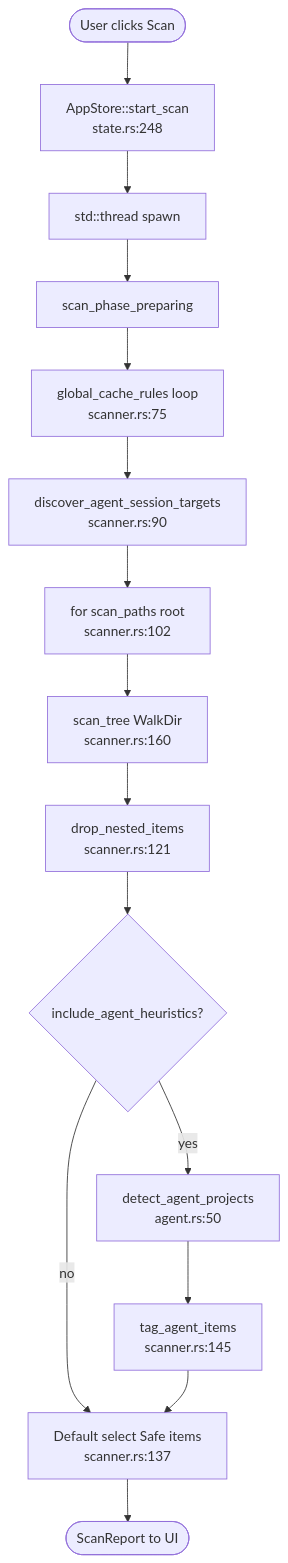
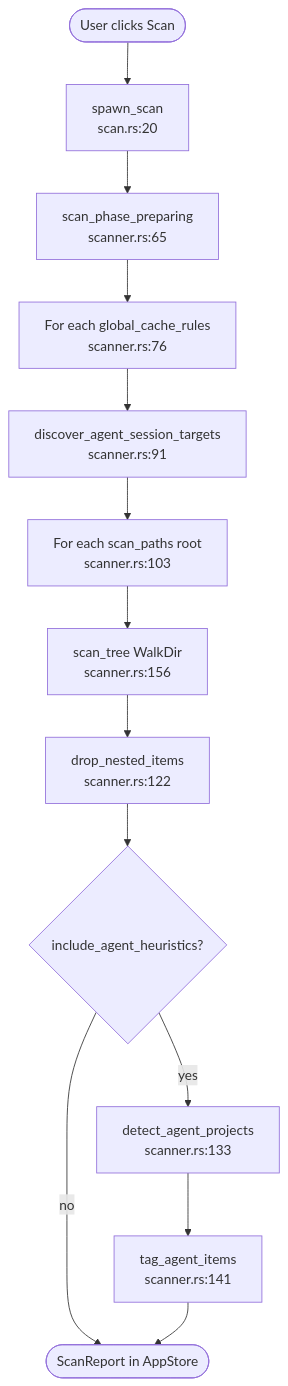
The fourth of 7 diagrams in .terrain/human/3.Workflows.md (sopaco/CLV3000-Plus), drawn with Mermaid before and after one commit. The commit also changed other lines of this file and 15 other files, not shown here.

````diff
--- a/.terrain/human/3.Workflows.md
+++ b/.terrain/human/3.Workflows.md
@@ -96,17 +89,15 @@
 ```mermaid
 flowchart TD
-    Start([User clicks Scan]) --> StartScan["AppStore::start_scan<br/>state.rs:248"]
-    StartScan --> SpawnThread["std::thread spawn"]
-    SpawnThread --> Preparing["scan_phase_preparing"]
-    Preparing --> GlobalCaches["global_cache_rules loop<br/>scanner.rs:75"]
-    GlobalCaches --> AgentSessions["discover_agent_session_targets<br/>scanner.rs:90"]
-    AgentSessions --> ForEachRoot["for scan_paths root<br/>scanner.rs:102"]
-    ForEachRoot --> ScanTree["scan_tree WalkDir<br/>scanner.rs:160"]
-    ScanTree --> NestedDrop["drop_nested_items<br/>scanner.rs:121"]
-    NestedDrop --> AgentDetect{"include_agent_heuristics?"}
-    AgentDetect -->|yes| DetectProjects["detect_agent_projects<br/>agent.rs:50"]
-    AgentDetect -->|no| SelectSafe
-    DetectProjects --> TagAgent["tag_agent_items<br/>scanner.rs:145"]
-    TagAgent --> SelectSafe["Default select Safe items<br/>scanner.rs:137"]
-    SelectSafe --> Done([ScanReport to UI])
+    Start([User clicks Scan]) --> Spawn["spawn_scan<br/>scan.rs:20"]
+    Spawn --> Prep["scan_phase_preparing<br/>scanner.rs:65"]
+    Prep --> Global["For each global_cache_rules<br/>scanner.rs:76"]
+    Global --> AgentS["discover_agent_session_targets<br/>scanner.rs:91"]
+    AgentS --> Roots["For each scan_paths root<br/>scanner.rs:103"]
+    Roots --> Tree["scan_tree WalkDir<br/>scanner.rs:156"]
+    Tree --> Nest["drop_nested_items<br/>scanner.rs:122"]
+    Nest --> AgentP{"include_agent_heuristics?"}
+    AgentP -->|yes| Det["detect_agent_projects<br/>scanner.rs:133"]
+    AgentP -->|no| Done
+    Det --> Tag["tag_agent_items<br/>scanner.rs:141"]
+    Tag --> Done([ScanReport in AppStore])
 ```
````
